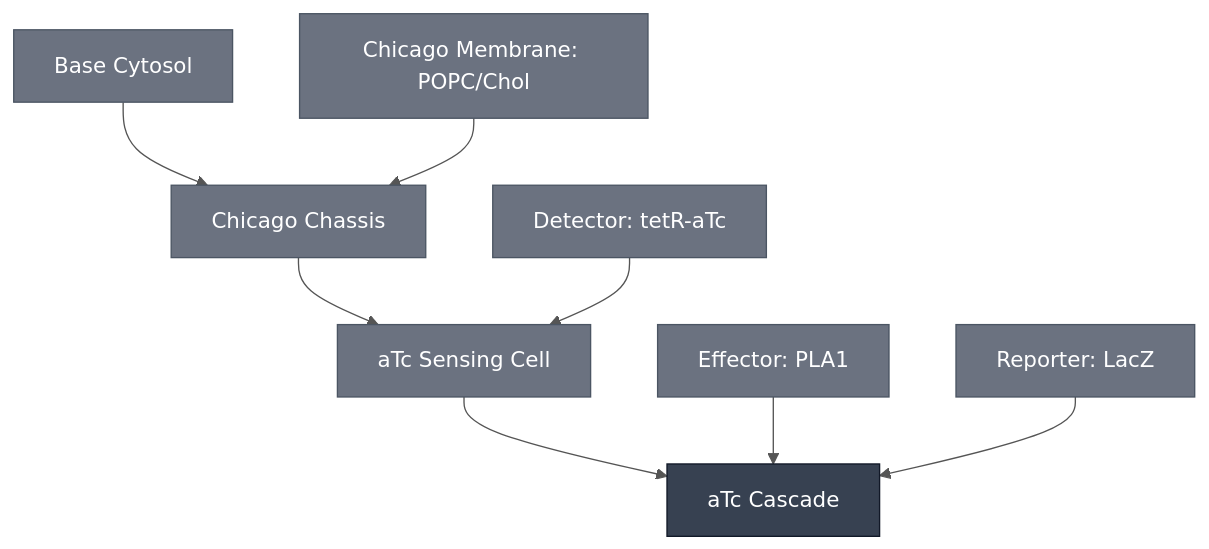
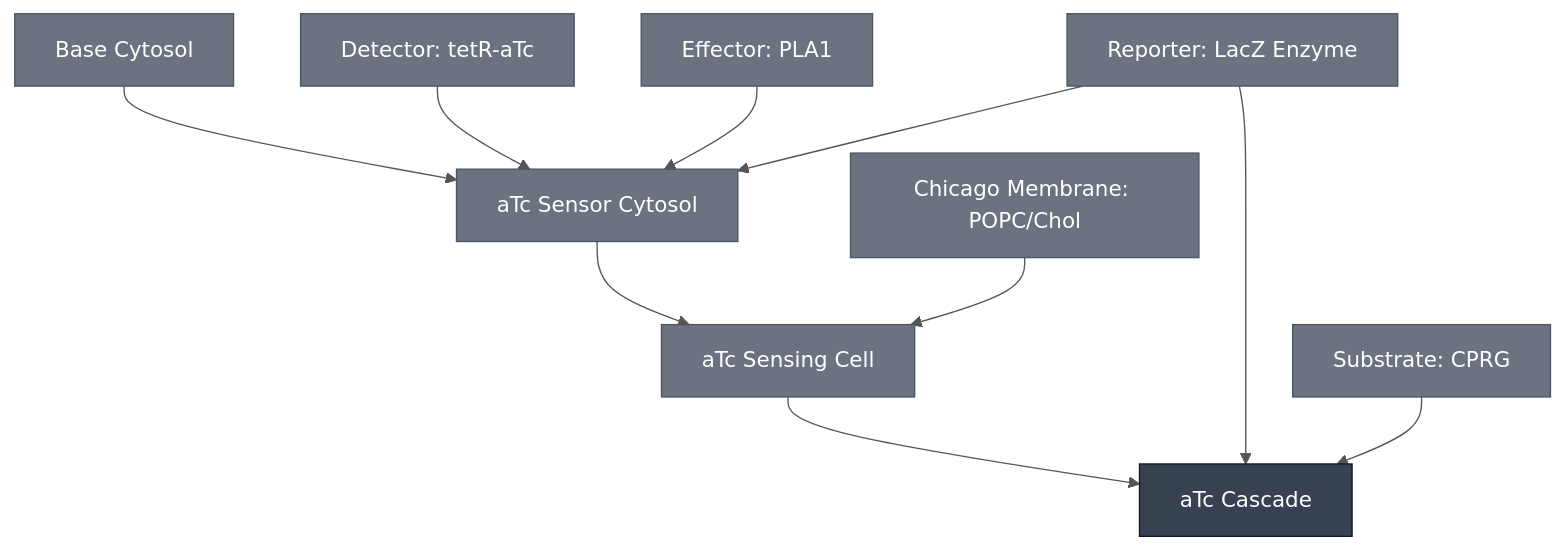
The diagram in docs/modules/atc-cascade/spec.md (nucleus-eng/nucleus-docs), drawn with Mermaid before and after one commit. The commit also changed other lines of this file and 10 other files, not shown here.

````diff
--- a/docs/modules/atc-cascade/spec.md
+++ b/docs/modules/atc-cascade/spec.md
@@ -34,34 +34,38 @@
 ```mermaid
 %%{init: {'theme': 'base', 'themeVariables': {'lineColor': '#555555', 'edgeLabelBackground': '#ffffff'}}}%%
 flowchart TD
     ATC_CASCADE["aTc Cascade"]
     ATC_SENSING_CELL["aTc Sensing Cell"]
+    ATC_SENSOR_CYTOSOL["aTc Sensor Cytosol"]
     BASE_CYTOSOL["Base Cytosol"]
-    CHICAGO_CHASSIS["Chicago Chassis"]
     DETECTOR_TETR_ATC["Detector: tetR-aTc"]
     EFFECTOR_PLA1["Effector: PLA1"]
     MEMBRANE_POPC_CHOL_CHICAGO["Chicago Membrane: POPC/Chol"]
-    REPORTER_LACZ["Reporter: LacZ"]
+    REPORTER_LACZ_ENZYME["Reporter: LacZ Enzyme"]
+    SUBSTRATE_CPRG["Substrate: CPRG"]
 
     ATC_SENSING_CELL --> ATC_CASCADE
-    EFFECTOR_PLA1 --> ATC_CASCADE
-    REPORTER_LACZ --> ATC_CASCADE
-    CHICAGO_CHASSIS --> ATC_SENSING_CELL
-    DETECTOR_TETR_ATC --> ATC_SENSING_CELL
-    BASE_CYTOSOL --> CHICAGO_CHASSIS
-    MEMBRANE_POPC_CHOL_CHICAGO --> CHICAGO_CHASSIS
+    REPORTER_LACZ_ENZYME --> ATC_CASCADE
+    SUBSTRATE_CPRG --> ATC_CASCADE
+    ATC_SENSOR_CYTOSOL --> ATC_SENSING_CELL
+    MEMBRANE_POPC_CHOL_CHICAGO --> ATC_SENSING_CELL
+    BASE_CYTOSOL --> ATC_SENSOR_CYTOSOL
+    DETECTOR_TETR_ATC --> ATC_SENSOR_CYTOSOL
+    EFFECTOR_PLA1 --> ATC_SENSOR_CYTOSOL
+    REPORTER_LACZ_ENZYME --> ATC_SENSOR_CYTOSOL
 
     classDef constituent fill:#6B7280,color:#ffffff,stroke:#4B5563;
     classDef this fill:#374151,color:#ffffff,stroke:#111827;
-    class ATC_SENSING_CELL,BASE_CYTOSOL,CHICAGO_CHASSIS,DETECTOR_TETR_ATC,EFFECTOR_PLA1,MEMBRANE_POPC_CHOL_CHICAGO,REPORTER_LACZ constituent;
+    class ATC_SENSING_CELL,ATC_SENSOR_CYTOSOL,BASE_CYTOSOL,DETECTOR_TETR_ATC,EFFECTOR_PLA1,MEMBRANE_POPC_CHOL_CHICAGO,REPORTER_LACZ_ENZYME,SUBSTRATE_CPRG constituent;
     class ATC_CASCADE this;
 
     click ATC_CASCADE "/docs/modules/atc-cascade/spec"
     click ATC_SENSING_CELL "/docs/modules/atc-sensing-cell/spec"
+    click ATC_SENSOR_CYTOSOL "/docs/modules/atc-sensor-cytosol/spec"
     click BASE_CYTOSOL "/docs/modules/base-cytosol/spec"
-    click CHICAGO_CHASSIS "/docs/modules/chicago-chassis/spec"
     click DETECTOR_TETR_ATC "/docs/modules/detector-tetr-atc/spec"
     click EFFECTOR_PLA1 "/docs/modules/effector-pla1/spec"
     click MEMBRANE_POPC_CHOL_CHICAGO "/docs/modules/membrane-popc-chol-chicago/spec"
-    click REPORTER_LACZ "/docs/modules/reporter-lacz/spec"
+    click REPORTER_LACZ_ENZYME "/docs/modules/reporter-lacz-enzyme/spec"
+    click SUBSTRATE_CPRG "/docs/modules/substrate-cprg/spec"
 ```
````
